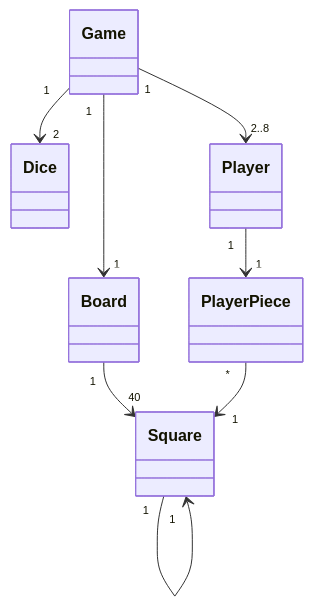
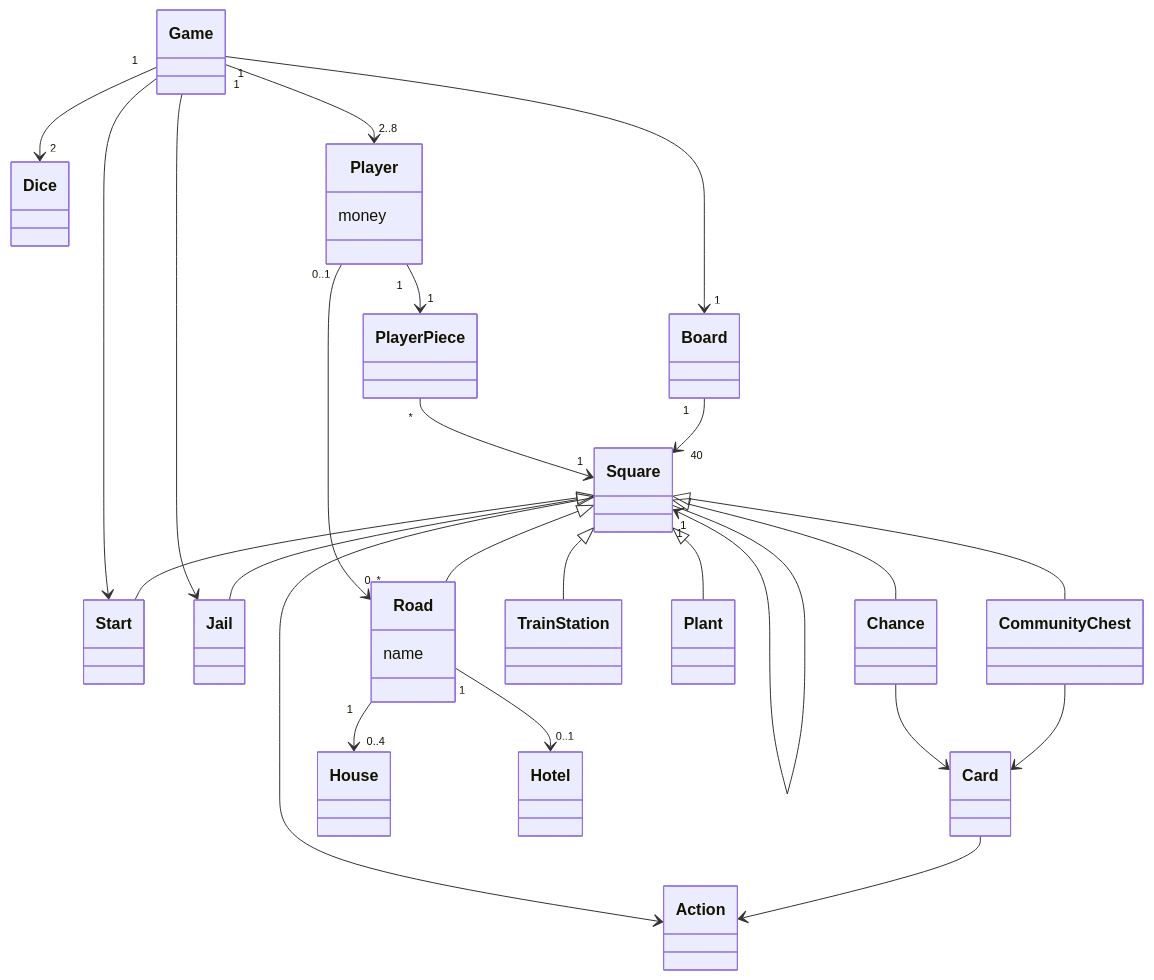
One commit to Pur-Pul/ot-harjoitustyo changed the diagram in laskarit/viikko3/monopolyDiagram.md. Above: the diagram before and after it, drawn with Mermaid.

````diff
--- a/laskarit/viikko3/monopolyDiagram.md
+++ b/laskarit/viikko3/monopolyDiagram.md
@@ -1,10 +1,35 @@
 ```mermaid
   classDiagram
-        Game "1" --> "2" Dice
-        Game "1" --> "1" Board
-        Game "1" --> "2..8" Player
-        Board "1" --> "40" Square
-        Square "1" --> "1" Square
-        Player "1" --> "1" PlayerPiece
-        PlayerPiece "*" --> "1" Square
+      Game "1" --> "2" Dice
+      Game "1" --> "1" Board
+      Game "1" --> "2..8" Player
+      Board "1" --> "40" Square
+      Square "1" --> "1" Square
+      Square <|-- Start
+      Square <|-- Jail
+      Square <|-- Chance
+      Square <|-- CommunityChest
+      Square <|-- TrainStation
+      Square <|-- Plant
+      Square <|-- Road
+      Game --> Start
+      Game --> Jail
+      Player "1" --> "1" PlayerPiece
+      PlayerPiece "*" --> "1" Square
+      CommunityChest --> Card
+      Chance --> Card
+      Card --> Action
+      Square --> Action
+      Player "0..1" --> "0..*" Road
+      Road "1" --> "0..4" House
+      Road "1" --> "0..1" Hotel
+
+      class Road{
+          name
+      }
+      class Player{
+          money
+      }
+      class Action
+
 ```
````
